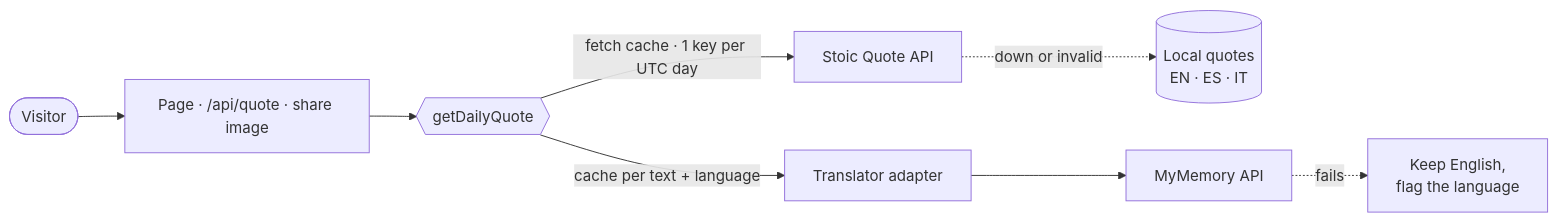
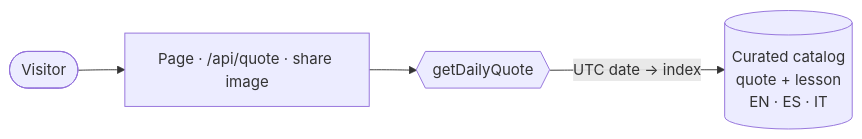
Before and after one commit to valery2590/daily_phrases: the diagram in README.md, drawn with Mermaid. The commit also changed other lines of this file and 2 other files, not shown here.

````diff
--- a/README.md
+++ b/README.md
@@ -13,10 +17,6 @@
 ```mermaid
 flowchart LR
     U([Visitor]) --> P[Page · /api/quote · share image]
     P --> D{{getDailyQuote}}
-    D -->|"fetch cache · 1 key per UTC day"| S[Stoic Quote API]
-    S -. "down or invalid" .-> F[(Local quotes<br/>EN · ES · IT)]
-    D -->|"cache per text + language"| T[Translator adapter]
-    T --> M[MyMemory API]
-    M -. "fails" .-> E[Keep English,<br/>flag the language]
+    D -->|"UTC date → index"| C[(Curated catalog<br/>quote + lesson<br/>EN · ES · IT)]
 ```
````
